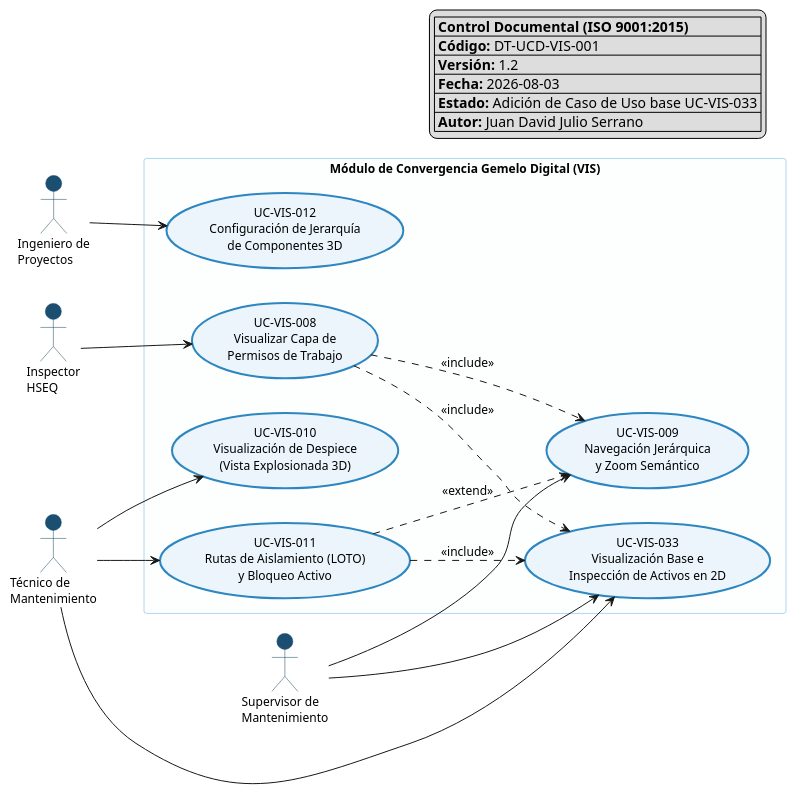
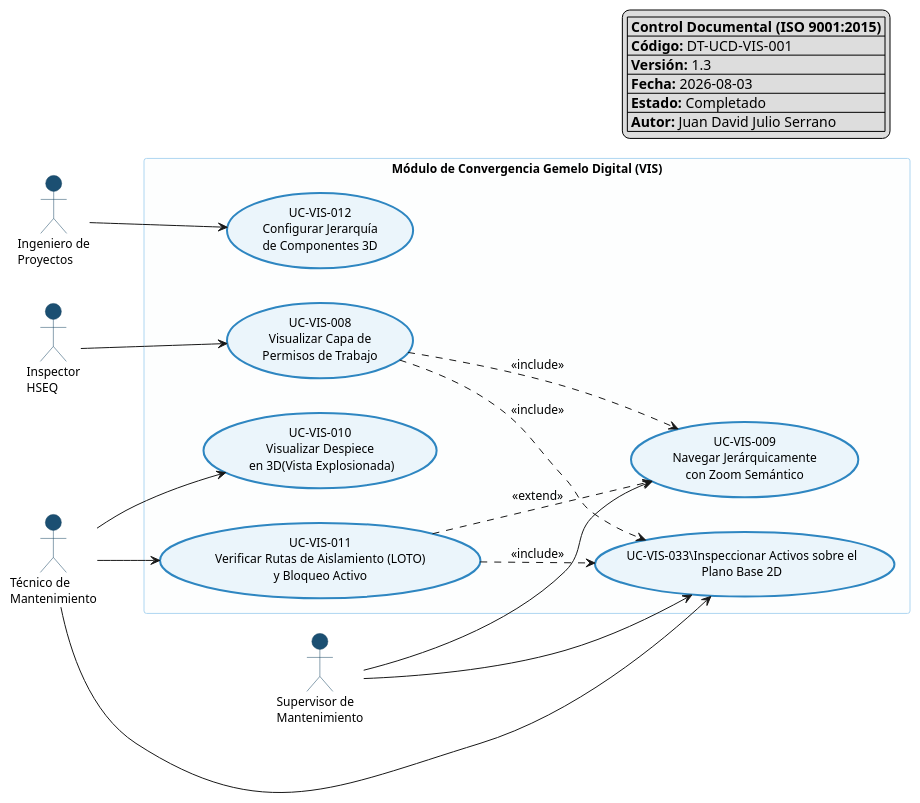
Before and after one commit to Novav20/adso-dteam-docs: the diagram in domain-models/use-cases/vis/vis-use-cases.puml, drawn with PlantUML. The commit also changed 22 other files, not shown here.

```diff
--- a/domain-models/use-cases/vis/vis-use-cases.puml
+++ b/domain-models/use-cases/vis/vis-use-cases.puml
@@ -1,71 +1,71 @@
 @startuml VIS-UseCases
 skinparam packageStyle rectangle
 left to right direction
 
 ' --- CONFIGURACIÓN VISUAL ---
 skinparam usecase {
   BackgroundColor #EBF5FB
   BorderColor #2E86C1
   BorderThickness 2
   FontName Segoe UI
   FontSize 12
 }
 skinparam actor {
   BackgroundColor #1B4F72
   BorderColor #154360
   FontName Segoe UI
   FontSize 11
 }
 skinparam package {
   BackgroundColor #FDFEFE
   BorderColor #AED6F1
   FontName Segoe UI
   FontSize 13
   FontStyle bold
 }
 skinparam defaultFontName "Segoe UI"
 skinparam defaultFontSize 12
 
 legend top right
 |= Control Documental (ISO 9001:2015) |
 | **Código:** DT-UCD-VIS-001 |
-| **Versión:** 1.2 |
+| **Versión:** 1.3 |
 | **Fecha:** 2026-08-03 |
-| **Estado:** Adición de Caso de Uso base UC-VIS-033 |
+| **Estado:** Completado |
 | **Autor:** Juan David Julio Serrano |
 endlegend
 
 ' --- ACTORES ---
 actor "Inspector\nHSEQ" as HSEQ #1B4F72
 actor "Técnico de\nMantenimiento" as Tecnico #1B4F72
 actor "Supervisor de\nMantenimiento" as Supervisor #1B4F72
 actor "Ingeniero de\nProyectos" as Ingeniero #1B4F72
 
 ' --- PAQUETE PRINCIPAL ---
 package "Módulo de Convergencia Gemelo Digital (VIS)" {
 
   usecase "UC-VIS-008\nVisualizar Capa de\nPermisos de Trabajo" as UCVIS008 #EBF5FB
-  usecase "UC-VIS-009\nNavegación Jerárquica\ny Zoom Semántico" as UCVIS009 #EBF5FB
-  usecase "UC-VIS-010\nVisualización de Despiece\n(Vista Explosionada 3D)" as UCVIS010 #EBF5FB
-  usecase "UC-VIS-011\nRutas de Aislamiento (LOTO)\ny Bloqueo Activo" as UCVIS011 #EBF5FB
-  usecase "UC-VIS-012\nConfiguración de Jerarquía\nde Componentes 3D" as UCVIS012 #EBF5FB
-  usecase "UC-VIS-033\nVisualización Base e\nInspección de Activos en 2D" as UCVIS033 #EBF5FB
+  usecase "UC-VIS-009\nNavegar Jerárquicamente\ncon Zoom Semántico" as UCVIS009 #EBF5FB
+  usecase "UC-VIS-010\nVisualizar Despiece\n en 3D(Vista Explosionada)" as UCVIS010 #EBF5FB
+  usecase "UC-VIS-011\nVerificar Rutas de Aislamiento (LOTO)\ny Bloqueo Activo" as UCVIS011 #EBF5FB
+  usecase "UC-VIS-012\nConfigurar Jerarquía\nde Componentes 3D" as UCVIS012 #EBF5FB
+  usecase "UC-VIS-033\Inspeccionar Activos sobre el\nPlano Base 2D" as UCVIS033 #EBF5FB
 
 }
 
 ' --- RELACIONES ACTOR - CASO DE USO ---
 HSEQ --> UCVIS008
 Supervisor --> UCVIS033
 Supervisor --> UCVIS009
 Tecnico --> UCVIS010
 Tecnico --> UCVIS011
 Tecnico --> UCVIS033
 Ingeniero --> UCVIS012
 
 ' --- RELACIONES INTER-CASOS DE USO (Include/Extend) ---
 UCVIS011 ..> UCVIS009 : <<extend>>
 UCVIS008 ..> UCVIS009 : <<include>>
 UCVIS008 ..> UCVIS033 : <<include>>
 UCVIS011 ..> UCVIS033 : <<include>>
 
 @enduml
```
